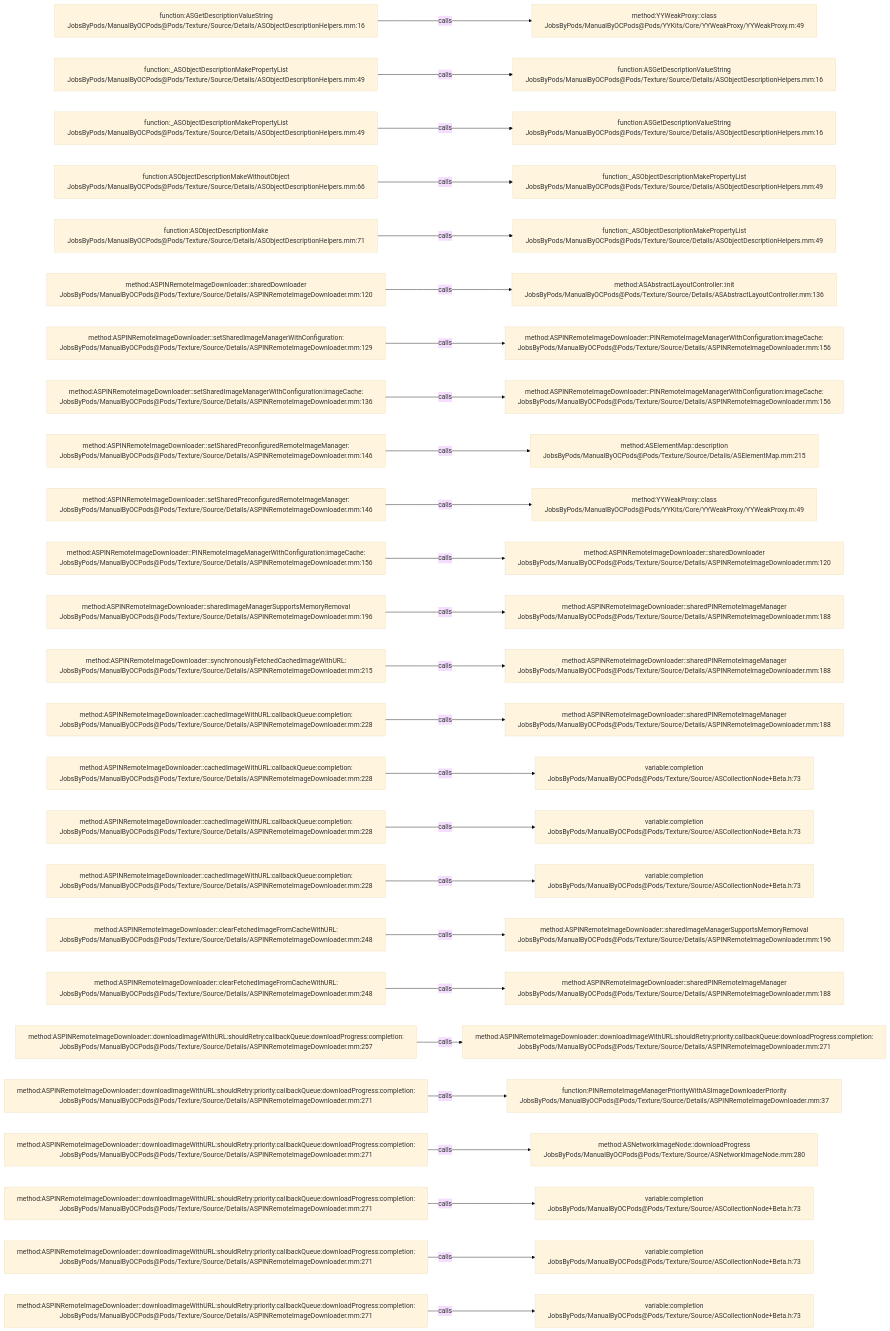
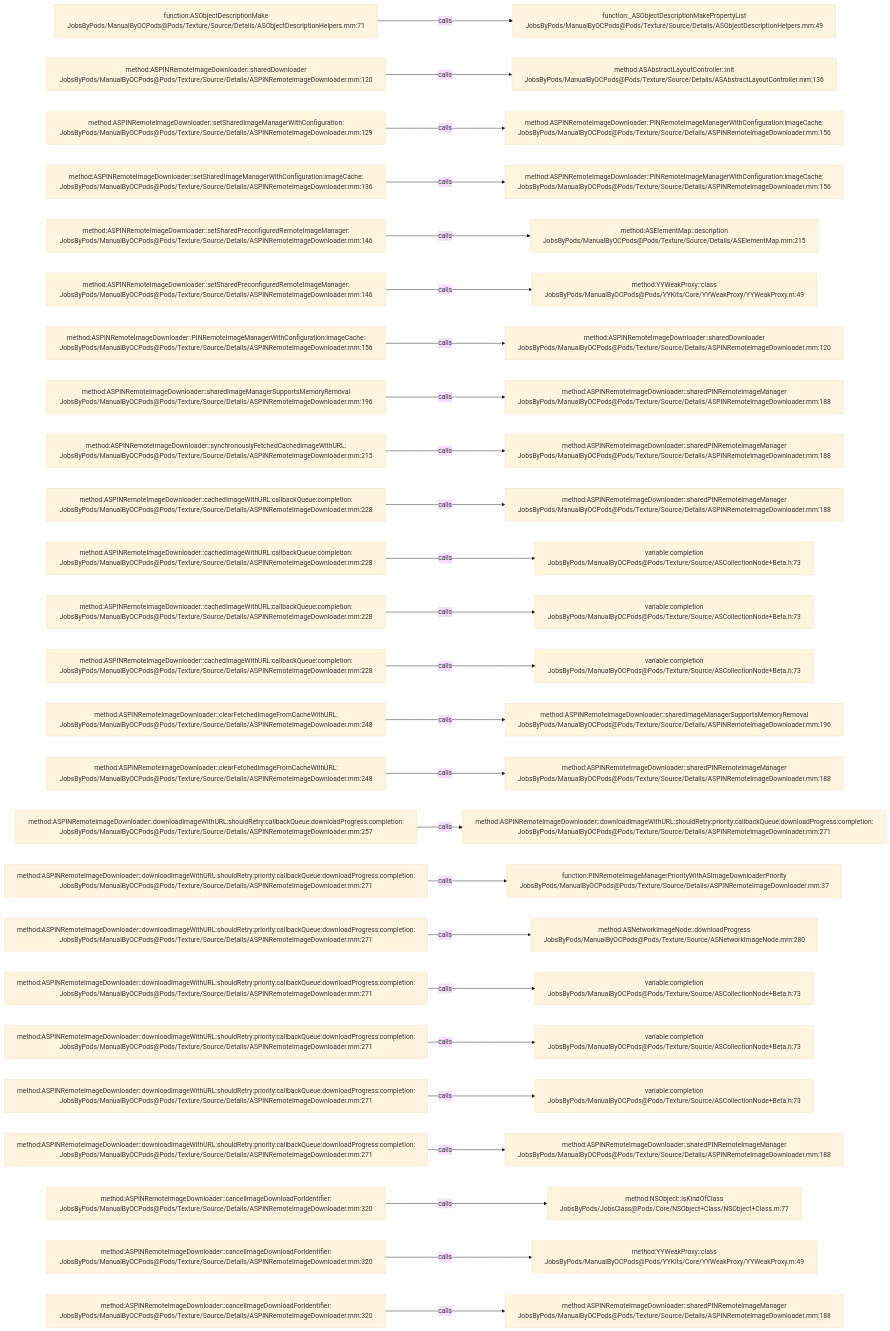
One commit to JobsKits/JobsOCBaseConfigDemo changed the diagram in .codegraph/codegraph.md/graphs/calls-159.md. Above: the diagram before and after it, drawn with Mermaid (base theme). The commit also changed 727 other files, not shown here.

````diff
--- a/.codegraph/codegraph.md/graphs/calls-159.md
+++ b/.codegraph/codegraph.md/graphs/calls-159.md
@@ -13,78 +13,78 @@
 ```mermaid
 flowchart LR
-  S1["function:ASGetDescriptionValueString<br/>JobsByPods/ManualByOCPods@Pods/Texture/Source/Details/ASObjectDescriptionHelpers.mm:16"]
-  T1["method:YYWeakProxy::class<br/>JobsByPods/ManualByOCPods@Pods/YYKits/Core/YYWeakProxy/YYWeakProxy.m:49"]
+  S1["function:ASObjectDescriptionMake<br/>JobsByPods/ManualByOCPods@Pods/Texture/Source/Details/ASObjectDescriptionHelpers.mm:71"]
+  T1["function:_ASObjectDescriptionMakePropertyList<br/>JobsByPods/ManualByOCPods@Pods/Texture/Source/Details/ASObjectDescriptionHelpers.mm:49"]
   S1 -->|calls| T1
-  S2["function:_ASObjectDescriptionMakePropertyList<br/>JobsByPods/ManualByOCPods@Pods/Texture/Source/Details/ASObjectDescriptionHelpers.mm:49"]
-  T2["function:ASGetDescriptionValueString<br/>JobsByPods/ManualByOCPods@Pods/Texture/Source/Details/ASObjectDescriptionHelpers.mm:16"]
+  S2["method:ASPINRemoteImageDownloader::sharedDownloader<br/>JobsByPods/ManualByOCPods@Pods/Texture/Source/Details/ASPINRemoteImageDownloader.mm:120"]
+  T2["method:ASAbstractLayoutController::init<br/>JobsByPods/ManualByOCPods@Pods/Texture/Source/Details/ASAbstractLayoutController.mm:136"]
   S2 -->|calls| T2
-  S3["function:_ASObjectDescriptionMakePropertyList<br/>JobsByPods/ManualByOCPods@Pods/Texture/Source/Details/ASObjectDescriptionHelpers.mm:49"]
-  T3["function:ASGetDescriptionValueString<br/>JobsByPods/ManualByOCPods@Pods/Texture/Source/Details/ASObjectDescriptionHelpers.mm:16"]
+  S3["method:ASPINRemoteImageDownloader::setSharedImageManagerWithConfiguration:<br/>JobsByPods/ManualByOCPods@Pods/Texture/Source/Details/ASPINRemoteImageDownloader.mm:129"]
+  T3["method:ASPINRemoteImageDownloader::PINRemoteImageManagerWithConfiguration:imageCache:<br/>JobsByPods/ManualByOCPods@Pods/Texture/Source/Details/ASPINRemoteImageDownloader.mm:156"]
   S3 -->|calls| T3
-  S4["function:ASObjectDescriptionMakeWithoutObject<br/>JobsByPods/ManualByOCPods@Pods/Texture/Source/Details/ASObjectDescriptionHelpers.mm:66"]
-  T4["function:_ASObjectDescriptionMakePropertyList<br/>JobsByPods/ManualByOCPods@Pods/Texture/Source/Details/ASObjectDescriptionHelpers.mm:49"]
+  S4["method:ASPINRemoteImageDownloader::setSharedImageManagerWithConfiguration:imageCache:<br/>JobsByPods/ManualByOCPods@Pods/Texture/Source/Details/ASPINRemoteImageDownloader.mm:136"]
+  T4["method:ASPINRemoteImageDownloader::PINRemoteImageManagerWithConfiguration:imageCache:<br/>JobsByPods/ManualByOCPods@Pods/Texture/Source/Details/ASPINRemoteImageDownloader.mm:156"]
   S4 -->|calls| T4
-  S5["function:ASObjectDescriptionMake<br/>JobsByPods/ManualByOCPods@Pods/Texture/Source/Details/ASObjectDescriptionHelpers.mm:71"]
-  T5["function:_ASObjectDescriptionMakePropertyList<br/>JobsByPods/ManualByOCPods@Pods/Texture/Source/Details/ASObjectDescriptionHelpers.mm:49"]
+  S5["method:ASPINRemoteImageDownloader::setSharedPreconfiguredRemoteImageManager:<br/>JobsByPods/ManualByOCPods@Pods/Texture/Source/Details/ASPINRemoteImageDownloader.mm:146"]
+  T5["method:ASElementMap::description<br/>JobsByPods/ManualByOCPods@Pods/Texture/Source/Details/ASElementMap.mm:215"]
   S5 -->|calls| T5
-  S6["method:ASPINRemoteImageDownloader::sharedDownloader<br/>JobsByPods/ManualByOCPods@Pods/Texture/Source/Details/ASPINRemoteImageDownloader.mm:120"]
-  T6["method:ASAbstractLayoutController::init<br/>JobsByPods/ManualByOCPods@Pods/Texture/Source/Details/ASAbstractLayoutController.mm:136"]
+  S6["method:ASPINRemoteImageDownloader::setSharedPreconfiguredRemoteImageManager:<br/>JobsByPods/ManualByOCPods@Pods/Texture/Source/Details/ASPINRemoteImageDownloader.mm:146"]
+  T6["method:YYWeakProxy::class<br/>JobsByPods/ManualByOCPods@Pods/YYKits/Core/YYWeakProxy/YYWeakProxy.m:49"]
   S6 -->|calls| T6
-  S7["method:ASPINRemoteImageDownloader::setSharedImageManagerWithConfiguration:<br/>JobsByPods/ManualByOCPods@Pods/Texture/Source/Details/ASPINRemoteImageDownloader.mm:129"]
-  T7["method:ASPINRemoteImageDownloader::PINRemoteImageManagerWithConfiguration:imageCache:<br/>JobsByPods/ManualByOCPods@Pods/Texture/Source/Details/ASPINRemoteImageDownloader.mm:156"]
+  S7["method:ASPINRemoteImageDownloader::PINRemoteImageManagerWithConfiguration:imageCache:<br/>JobsByPods/ManualByOCPods@Pods/Texture/Source/Details/ASPINRemoteImageDownloader.mm:156"]
+  T7["method:ASPINRemoteImageDownloader::sharedDownloader<br/>JobsByPods/ManualByOCPods@Pods/Texture/Source/Details/ASPINRemoteImageDownloader.mm:120"]
   S7 -->|calls| T7
-  S8["method:ASPINRemoteImageDownloader::setSharedImageManagerWithConfiguration:imageCache:<br/>JobsByPods/ManualByOCPods@Pods/Texture/Source/Details/ASPINRemoteImageDownloader.mm:136"]
-  T8["method:ASPINRemoteImageDownloader::PINRemoteImageManagerWithConfiguration:imageCache:<br/>JobsByPods/ManualByOCPods@Pods/Texture/Source/Details/ASPINRemoteImageDownloader.mm:156"]
+  S8["method:ASPINRemoteImageDownloader::sharedImageManagerSupportsMemoryRemoval<br/>JobsByPods/ManualByOCPods@Pods/Texture/Source/Details/ASPINRemoteImageDownloader.mm:196"]
+  T8["method:ASPINRemoteImageDownloader::sharedPINRemoteImageManager<br/>JobsByPods/ManualByOCPods@Pods/Texture/Source/Details/ASPINRemoteImageDownloader.mm:188"]
   S8 -->|calls| T8
-  S9["method:ASPINRemoteImageDownloader::setSharedPreconfiguredRemoteImageManager:<br/>JobsByPods/ManualByOCPods@Pods/Texture/Source/Details/ASPINRemoteImageDownloader.mm:146"]
-  T9["method:ASElementMap::description<br/>JobsByPods/ManualByOCPods@Pods/Texture/Source/Details/ASElementMap.mm:215"]
+  S9["method:ASPINRemoteImageDownloader::synchronouslyFetchedCachedImageWithURL:<br/>JobsByPods/ManualByOCPods@Pods/Texture/Source/Details/ASPINRemoteImageDownloader.mm:215"]
+  T9["method:ASPINRemoteImageDownloader::sharedPINRemoteImageManager<br/>JobsByPods/ManualByOCPods@Pods/Texture/Source/Details/ASPINRemoteImageDownloader.mm:188"]
   S9 -->|calls| T9
-  S10["method:ASPINRemoteImageDownloader::setSharedPreconfiguredRemoteImageManager:<br/>JobsByPods/ManualByOCPods@Pods/Texture/Source/Details/ASPINRemoteImageDownloader.mm:146"]
-  T10["method:YYWeakProxy::class<br/>JobsByPods/ManualByOCPods@Pods/YYKits/Core/YYWeakProxy/YYWeakProxy.m:49"]
+  S10["method:ASPINRemoteImageDownloader::cachedImageWithURL:callbackQueue:completion:<br/>JobsByPods/ManualByOCPods@Pods/Texture/Source/Details/ASPINRemoteImageDownloader.mm:228"]
+  T10["method:ASPINRemoteImageDownloader::sharedPINRemoteImageManager<br/>JobsByPods/ManualByOCPods@Pods/Texture/Source/Details/ASPINRemoteImageDownloader.mm:188"]
   S10 -->|calls| T10
-  S11["method:ASPINRemoteImageDownloader::PINRemoteImageManagerWithConfiguration:imageCache:<br/>JobsByPods/ManualByOCPods@Pods/Texture/Source/Details/ASPINRemoteImageDownloader.mm:156"]
-  T11["method:ASPINRemoteImageDownloader::sharedDownloader<br/>JobsByPods/ManualByOCPods@Pods/Texture/Source/Details/ASPINRemoteImageDownloader.mm:120"]
+  S11["method:ASPINRemoteImageDownloader::cachedImageWithURL:callbackQueue:completion:<br/>JobsByPods/ManualByOCPods@Pods/Texture/Source/Details/ASPINRemoteImageDownloader.mm:228"]
+  T11["variable:completion<br/>JobsByPods/ManualByOCPods@Pods/Texture/Source/ASCollectionNode+Beta.h:73"]
   S11 -->|calls| T11
-  S12["method:ASPINRemoteImageDownloader::sharedImageManagerSupportsMemoryRemoval<br/>JobsByPods/ManualByOCPods@Pods/Texture/Source/Details/ASPINRemoteImageDownloader.mm:196"]
-  T12["method:ASPINRemoteImageDownloader::sharedPINRemoteImageManager<br/>JobsByPods/ManualByOCPods@Pods/Texture/Source/Details/ASPINRemoteImageDownloader.mm:188"]
+  S12["method:ASPINRemoteImageDownloader::cachedImageWithURL:callbackQueue:completion:<br/>JobsByPods/ManualByOCPods@Pods/Texture/Source/Details/ASPINRemoteImageDownloader.mm:228"]
+  T12["variable:completion<br/>JobsByPods/ManualByOCPods@Pods/Texture/Source/ASCollectionNode+Beta.h:73"]
   S12 -->|calls| T12
-  S13["method:ASPINRemoteImageDownloader::synchronouslyFetchedCachedImageWithURL:<br/>JobsByPods/ManualByOCPods@Pods/Texture/Source/Details/ASPINRemoteImageDownloader.mm:215"]
-  T13["method:ASPINRemoteImageDownloader::sharedPINRemoteImageManager<br/>JobsByPods/ManualByOCPods@Pods/Texture/Source/Details/ASPINRemoteImageDownloader.mm:188"]
+  S13["method:ASPINRemoteImageDownloader::cachedImageWithURL:callbackQueue:completion:<br/>JobsByPods/ManualByOCPods@Pods/Texture/Source/Details/ASPINRemoteImageDownloader.mm:228"]
+  T13["variable:completion<br/>JobsByPods/ManualByOCPods@Pods/Texture/Source/ASCollectionNode+Beta.h:73"]
   S13 -->|calls| T13
-  S14["method:ASPINRemoteImageDownloader::cachedImageWithURL:callbackQueue:completion:<br/>JobsByPods/ManualByOCPods@Pods/Texture/Source/Details/ASPINRemoteImageDownloader.mm:228"]
-  T14["method:ASPINRemoteImageDownloader::sharedPINRemoteImageManager<br/>JobsByPods/ManualByOCPods@Pods/Texture/Source/Details/ASPINRemoteImageDownloader.mm:188"]
+  S14["method:ASPINRemoteImageDownloader::clearFetchedImageFromCacheWithURL:<br/>JobsByPods/ManualByOCPods@Pods/Texture/Source/Details/ASPINRemoteImageDownloader.mm:248"]
+  T14["method:ASPINRemoteImageDownloader::sharedImageManagerSupportsMemoryRemoval<br/>JobsByPods/ManualByOCPods@Pods/Texture/Source/Details/ASPINRemoteImageDownloader.mm:196"]
   S14 -->|calls| T14
-  S15["method:ASPINRemoteImageDownloader::cachedImageWithURL:callbackQueue:completion:<br/>JobsByPods/ManualByOCPods@Pods/Texture/Source/Details/ASPINRemoteImageDownloader.mm:228"]
-  T15["variable:completion<br/>JobsByPods/ManualByOCPods@Pods/Texture/Source/ASCollectionNode+Beta.h:73"]
+  S15["method:ASPINRemoteImageDownloader::clearFetchedImageFromCacheWithURL:<br/>JobsByPods/ManualByOCPods@Pods/Texture/Source/Details/ASPINRemoteImageDownloader.mm:248"]
+  T15["method:ASPINRemoteImageDownloader::sharedPINRemoteImageManager<br/>JobsByPods/ManualByOCPods@Pods/Texture/Source/Details/ASPINRemoteImageDownloader.mm:188"]
   S15 -->|calls| T15
-  S16["method:ASPINRemoteImageDownloader::cachedImageWithURL:callbackQueue:completion:<br/>JobsByPods/ManualByOCPods@Pods/Texture/Source/Details/ASPINRemoteImageDownloader.mm:228"]
-  T16["variable:completion<br/>JobsByPods/ManualByOCPods@Pods/Texture/Source/ASCollectionNode+Beta.h:73"]
+  S16["method:ASPINRemoteImageDownloader::downloadImageWithURL:shouldRetry:callbackQueue:downloadProgress:completion:<br/>JobsByPods/ManualByOCPods@Pods/Texture/Source/Details/ASPINRemoteImageDownloader.mm:257"]
+  T16["method:ASPINRemoteImageDownloader::downloadImageWithURL:shouldRetry:priority:callbackQueue:downloadProgress:completion:<br/>JobsByPods/ManualByOCPods@Pods/Texture/Source/Details/ASPINRemoteImageDownloader.mm:271"]
   S16 -->|calls| T16
-  S17["method:ASPINRemoteImageDownloader::cachedImageWithURL:callbackQueue:completion:<br/>JobsByPods/ManualByOCPods@Pods/Texture/Source/Details/ASPINRemoteImageDownloader.mm:228"]
-  T17["variable:completion<br/>JobsByPods/ManualByOCPods@Pods/Texture/Source/ASCollectionNode+Beta.h:73"]
+  S17["method:ASPINRemoteImageDownloader::downloadImageWithURL:shouldRetry:priority:callbackQueue:downloadProgress:completion:<br/>JobsByPods/ManualByOCPods@Pods/Texture/Source/Details/ASPINRemoteImageDownloader.mm:271"]
+  T17["function:PINRemoteImageManagerPriorityWithASImageDownloaderPriority<br/>JobsByPods/ManualByOCPods@Pods/Texture/Source/Details/ASPINRemoteImageDownloader.mm:37"]
   S17 -->|calls| T17
-  S18["method:ASPINRemoteImageDownloader::clearFetchedImageFromCacheWithURL:<br/>JobsByPods/ManualByOCPods@Pods/Texture/Source/Details/ASPINRemoteImageDownloader.mm:248"]
-  T18["method:ASPINRemoteImageDownloader::sharedImageManagerSupportsMemoryRemoval<br/>JobsByPods/ManualByOCPods@Pods/Texture/Source/Details/ASPINRemoteImageDownloader.mm:196"]
+  S18["method:ASPINRemoteImageDownloader::downloadImageWithURL:shouldRetry:priority:callbackQueue:downloadProgress:completion:<br/>JobsByPods/ManualByOCPods@Pods/Texture/Source/Details/ASPINRemoteImageDownloader.mm:271"]
+  T18["method:ASNetworkImageNode::downloadProgress<br/>JobsByPods/ManualByOCPods@Pods/Texture/Source/ASNetworkImageNode.mm:280"]
   S18 -->|calls| T18
-  S19["method:ASPINRemoteImageDownloader::clearFetchedImageFromCacheWithURL:<br/>JobsByPods/ManualByOCPods@Pods/Texture/Source/Details/ASPINRemoteImageDownloader.mm:248"]
-  T19["method:ASPINRemoteImageDownloader::sharedPINRemoteImageManager<br/>JobsByPods/ManualByOCPods@Pods/Texture/Source/Details/ASPINRemoteImageDownloader.mm:188"]
+  S19["method:ASPINRemoteImageDownloader::downloadImageWithURL:shouldRetry:priority:callbackQueue:downloadProgress:completion:<br/>JobsByPods/ManualByOCPods@Pods/Texture/Source/Details/ASPINRemoteImageDownloader.mm:271"]
+  T19["variable:completion<br/>JobsByPods/ManualByOCPods@Pods/Texture/Source/ASCollectionNode+Beta.h:73"]
   S19 -->|calls| T19
-  S20["method:ASPINRemoteImageDownloader::downloadImageWithURL:shouldRetry:callbackQueue:downloadProgress:completion:<br/>JobsByPods/ManualByOCPods@Pods/Texture/Source/Details/ASPINRemoteImageDownloader.mm:257"]
-  T20["method:ASPINRemoteImageDownloader::downloadImageWithURL:shouldRetry:priority:callbackQueue:downloadProgress:completion:<br/>JobsByPods/ManualByOCPods@Pods/Texture/Source/Details/ASPINRemoteImageDownloader.mm:271"]
+  S20["method:ASPINRemoteImageDownloader::downloadImageWithURL:shouldRetry:priority:callbackQueue:downloadProgress:completion:<br/>JobsByPods/ManualByOCPods@Pods/Texture/Source/Details/ASPINRemoteImageDownloader.mm:271"]
+  T20["variable:completion<br/>JobsByPods/ManualByOCPods@Pods/Texture/Source/ASCollectionNode+Beta.h:73"]
   S20 -->|calls| T20
   S21["method:ASPINRemoteImageDownloader::downloadImageWithURL:shouldRetry:priority:callbackQueue:downloadProgress:completion:<br/>JobsByPods/ManualByOCPods@Pods/Texture/Source/Details/ASPINRemoteImageDownloader.mm:271"]
-  T21["function:PINRemoteImageManagerPriorityWithASImageDownloaderPriority<br/>JobsByPods/ManualByOCPods@Pods/Texture/Source/Details/ASPINRemoteImageDownloader.mm:37"]
+  T21["variable:completion<br/>JobsByPods/ManualByOCPods@Pods/Texture/Source/ASCollectionNode+Beta.h:73"]
   S21 -->|calls| T21
   S22["method:ASPINRemoteImageDownloader::downloadImageWithURL:shouldRetry:priority:callbackQueue:downloadProgress:completion:<br/>JobsByPods/ManualByOCPods@Pods/Texture/Source/Details/ASPINRemoteImageDownloader.mm:271"]
-  T22["method:ASNetworkImageNode::downloadProgress<br/>JobsByPods/ManualByOCPods@Pods/Texture/Source/ASNetworkImageNode.mm:280"]
+  T22["method:ASPINRemoteImageDownloader::sharedPINRemoteImageManager<br/>JobsByPods/ManualByOCPods@Pods/Texture/Source/Details/ASPINRemoteImageDownloader.mm:188"]
   S22 -->|calls| T22
-  S23["method:ASPINRemoteImageDownloader::downloadImageWithURL:shouldRetry:priority:callbackQueue:downloadProgress:completion:<br/>JobsByPods/ManualByOCPods@Pods/Texture/Source/Details/ASPINRemoteImageDownloader.mm:271"]
-  T23["variable:completion<br/>JobsByPods/ManualByOCPods@Pods/Texture/Source/ASCollectionNode+Beta.h:73"]
+  S23["method:ASPINRemoteImageDownloader::cancelImageDownloadForIdentifier:<br/>JobsByPods/ManualByOCPods@Pods/Texture/Source/Details/ASPINRemoteImageDownloader.mm:320"]
+  T23["method:NSObject::isKindOfClass<br/>JobsByPods/JobsClass@Pods/Core/NSObject+Class/NSObject+Class.m:77"]
   S23 -->|calls| T23
-  S24["method:ASPINRemoteImageDownloader::downloadImageWithURL:shouldRetry:priority:callbackQueue:downloadProgress:completion:<br/>JobsByPods/ManualByOCPods@Pods/Texture/Source/Details/ASPINRemoteImageDownloader.mm:271"]
-  T24["variable:completion<br/>JobsByPods/ManualByOCPods@Pods/Texture/Source/ASCollectionNode+Beta.h:73"]
+  S24["method:ASPINRemoteImageDownloader::cancelImageDownloadForIdentifier:<br/>JobsByPods/ManualByOCPods@Pods/Texture/Source/Details/ASPINRemoteImageDownloader.mm:320"]
+  T24["method:YYWeakProxy::class<br/>JobsByPods/ManualByOCPods@Pods/YYKits/Core/YYWeakProxy/YYWeakProxy.m:49"]
   S24 -->|calls| T24
-  S25["method:ASPINRemoteImageDownloader::downloadImageWithURL:shouldRetry:priority:callbackQueue:downloadProgress:completion:<br/>JobsByPods/ManualByOCPods@Pods/Texture/Source/Details/ASPINRemoteImageDownloader.mm:271"]
-  T25["variable:completion<br/>JobsByPods/ManualByOCPods@Pods/Texture/Source/ASCollectionNode+Beta.h:73"]
+  S25["method:ASPINRemoteImageDownloader::cancelImageDownloadForIdentifier:<br/>JobsByPods/ManualByOCPods@Pods/Texture/Source/Details/ASPINRemoteImageDownloader.mm:320"]
+  T25["method:ASPINRemoteImageDownloader::sharedPINRemoteImageManager<br/>JobsByPods/ManualByOCPods@Pods/Texture/Source/Details/ASPINRemoteImageDownloader.mm:188"]
   S25 -->|calls| T25
 ```
````
